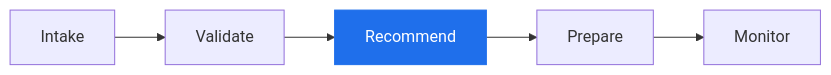
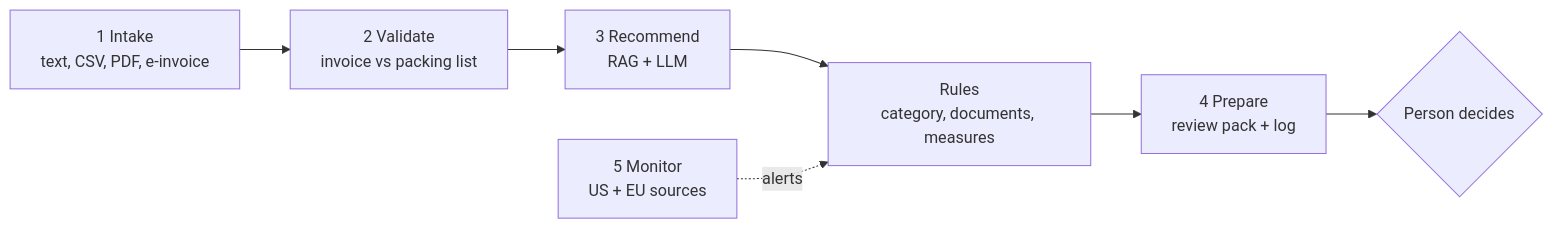
The diagram in README.md (Ninagfcosta/ironhack-capstone_klarschiff), drawn with Mermaid before and after one commit. The commit also changed other lines of this file and 42 other files, not shown here.

````diff
--- a/README.md
+++ b/README.md
@@ -23,6 +24,9 @@
 ```mermaid
 flowchart LR
-    A[Intake] --> B[Validate] --> C[Recommend] --> D[Prepare] --> E[Monitor]
-    C:::poc
-    classDef poc fill:#1f6feb,color:#fff,stroke:#1f6feb
+    A[1 Intake<br/>text, CSV, PDF, e-invoice] --> B[2 Validate<br/>invoice vs packing list]
+    B --> C[3 Recommend<br/>RAG + LLM]
+    C --> R[Rules<br/>category, documents, measures]
+    R --> D[4 Prepare<br/>review pack + log]
+    M[5 Monitor<br/>US + EU sources] -. alerts .-> R
+    D --> H{Person decides}
 ```
````
